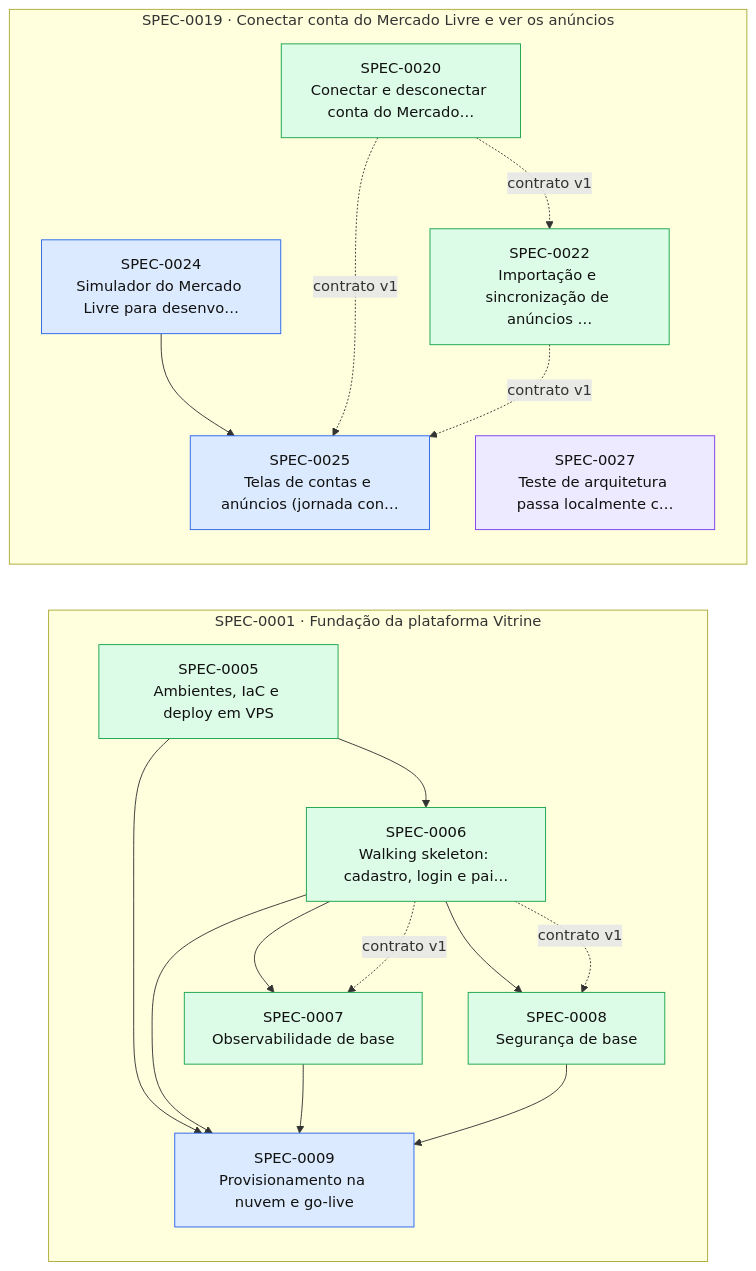
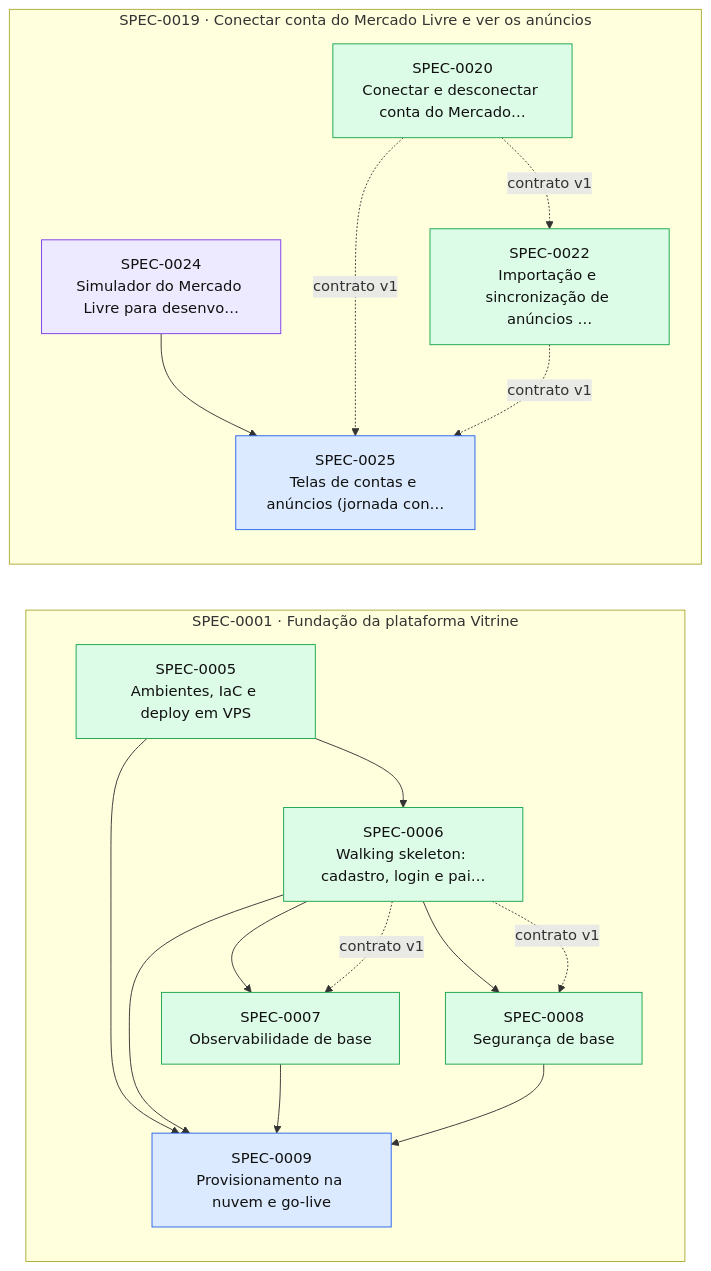
One commit to thomasravache/vitrine changed the diagram in docs/specs/INDEX.md. Above: the diagram before and after it, drawn with Mermaid. The commit also changed other lines of this file and 2 other files, not shown here.

First line of the commit message:
docs(specs): SPEC-0027 implementada; despacha a SPEC-0024

````diff
--- a/docs/specs/INDEX.md
+++ b/docs/specs/INDEX.md
@@ -61,35 +60,34 @@
 ```mermaid
 flowchart LR
   subgraph E0001["SPEC-0001 · Fundação da plataforma Vitrine"]
     S0005["SPEC-0005<br/>Ambientes, IaC e deploy em VPS"]:::implemented
     S0006["SPEC-0006<br/>Walking skeleton: cadastro, login e pai…"]:::implemented
     S0007["SPEC-0007<br/>Observabilidade de base"]:::implemented
     S0008["SPEC-0008<br/>Segurança de base"]:::implemented
     S0009["SPEC-0009<br/>Provisionamento na nuvem e go-live"]:::approved
   end
   subgraph E0019["SPEC-0019 · Conectar conta do Mercado Livre e ver os anúncios"]
     S0020["SPEC-0020<br/>Conectar e desconectar conta do Mercado…"]:::implemented
     S0022["SPEC-0022<br/>Importação e sincronização de anúncios …"]:::implemented
-    S0024["SPEC-0024<br/>Simulador do Mercado Livre para desenvo…"]:::approved
+    S0024["SPEC-0024<br/>Simulador do Mercado Livre para desenvo…"]:::inprogress
     S0025["SPEC-0025<br/>Telas de contas e anúncios (jornada con…"]:::approved
-    S0027["SPEC-0027<br/>Teste de arquitetura passa localmente c…"]:::inprogress
   end
   S0005 --> S0006
   S0006 --> S0007
   S0006 -. contrato v1 .-> S0007
   S0006 --> S0008
   S0006 -. contrato v1 .-> S0008
   S0005 --> S0009
   S0006 --> S0009
   S0007 --> S0009
   S0008 --> S0009
   S0020 -. contrato v1 .-> S0022
   S0024 --> S0025
   S0020 -. contrato v1 .-> S0025
   S0022 -. contrato v1 .-> S0025
   classDef proposed fill:#fef3c7,stroke:#d97706,color:#111
   classDef approved fill:#dbeafe,stroke:#2563eb,color:#111
   classDef inprogress fill:#ede9fe,stroke:#7c3aed,color:#111
   classDef implemented fill:#dcfce7,stroke:#16a34a,color:#111
   classDef deprecated fill:#f3f4f6,stroke:#9ca3af,color:#6b7280
 ```
````
